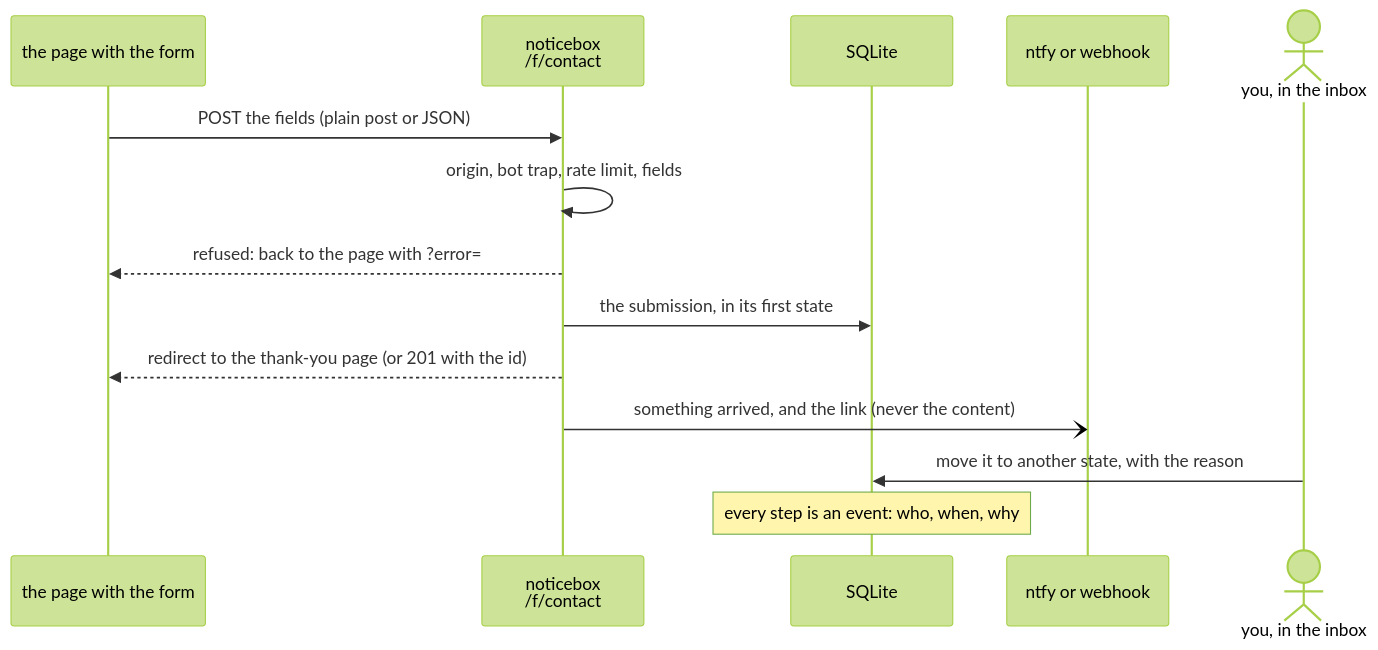
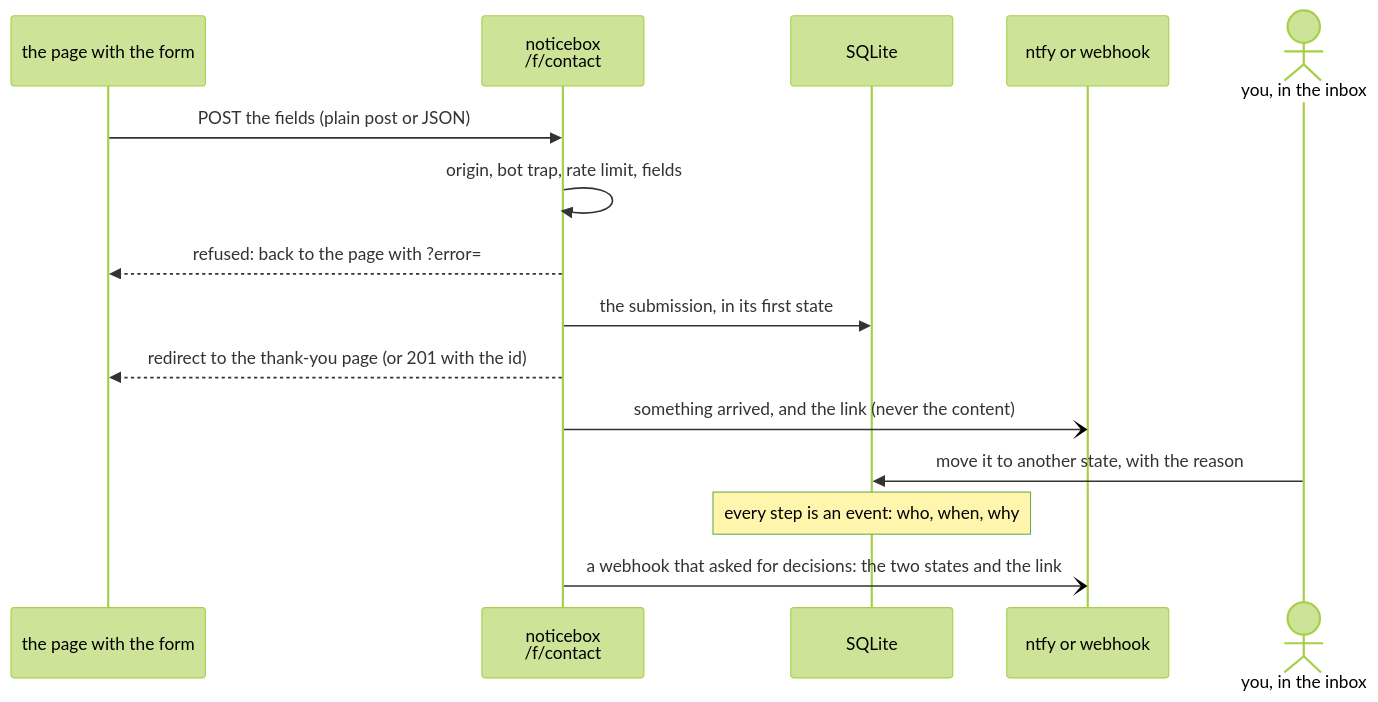
One commit to noticebox/noticebox changed the diagram in docs/get-started/concepts.md. Above: the diagram before and after it, drawn with Mermaid (forest theme). The commit also changed 3 other files, not shown here.

First line of the commit message:
NOTICEBOX #113: docs and roadmap for decision webhooks

````diff
--- a/docs/get-started/concepts.md
+++ b/docs/get-started/concepts.md
@@ -13,16 +13,17 @@
 ```mermaid
 sequenceDiagram
   participant Page as the page with the form
   participant NB as noticebox<br/>/f/contact
   participant DB as SQLite
   participant N as ntfy or webhook
   actor You as you, in the inbox
   Page->>NB: POST the fields (plain post or JSON)
   NB->>NB: origin, bot trap, rate limit, fields
   NB-->>Page: refused: back to the page with ?error=
   NB->>DB: the submission, in its first state
   NB-->>Page: redirect to the thank-you page (or 201 with the id)
   NB-)N: something arrived, and the link (never the content)
   You->>DB: move it to another state, with the reason
   Note over DB: every step is an event: who, when, why
+  NB-)N: a webhook that asked for decisions: the two states and the link
 ```
````
